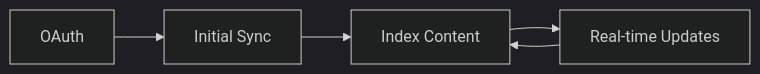
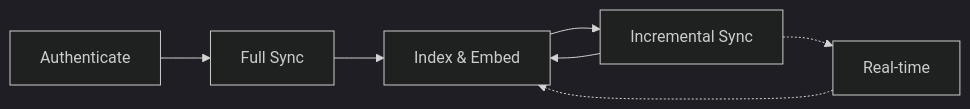
One commit to kuluruvineeth/openbeam changed the diagram in apps/docs/content/docs/connectors/index.mdx. Above: the diagram before and after it, drawn with Mermaid (dark theme). The commit also changed other lines of this file and 16 other files, not shown here.

````diff
--- a/apps/docs/content/docs/connectors/index.mdx
+++ b/apps/docs/content/docs/connectors/index.mdx
@@ -27,7 +52,9 @@
 ```mermaid
 flowchart LR
-    A[OAuth] --> B[Initial Sync]
-    B --> C[Index Content]
-    C --> D[Real-time Updates]
+    A[Authenticate] --> B[Full Sync]
+    B --> C[Index & Embed]
+    C --> D[Incremental Sync]
     D --> C
+    D -.-> E[Real-time]
+    E -.-> C
 ```
````
